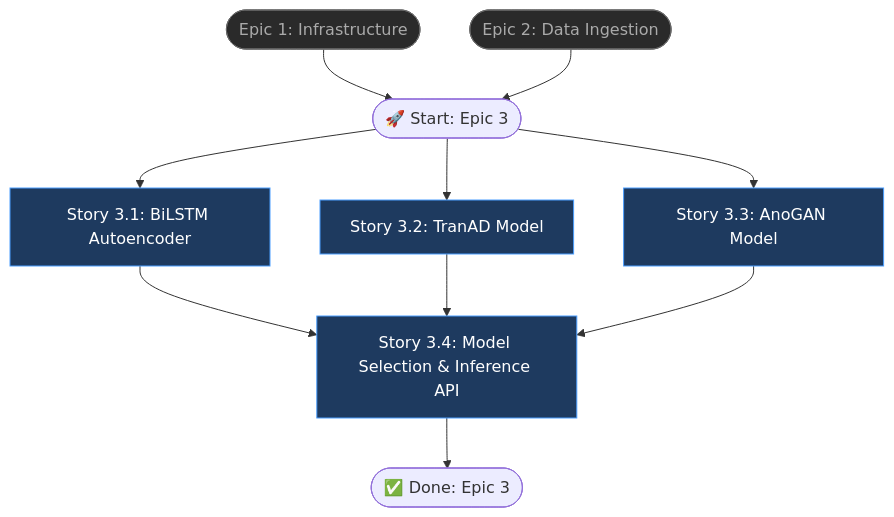
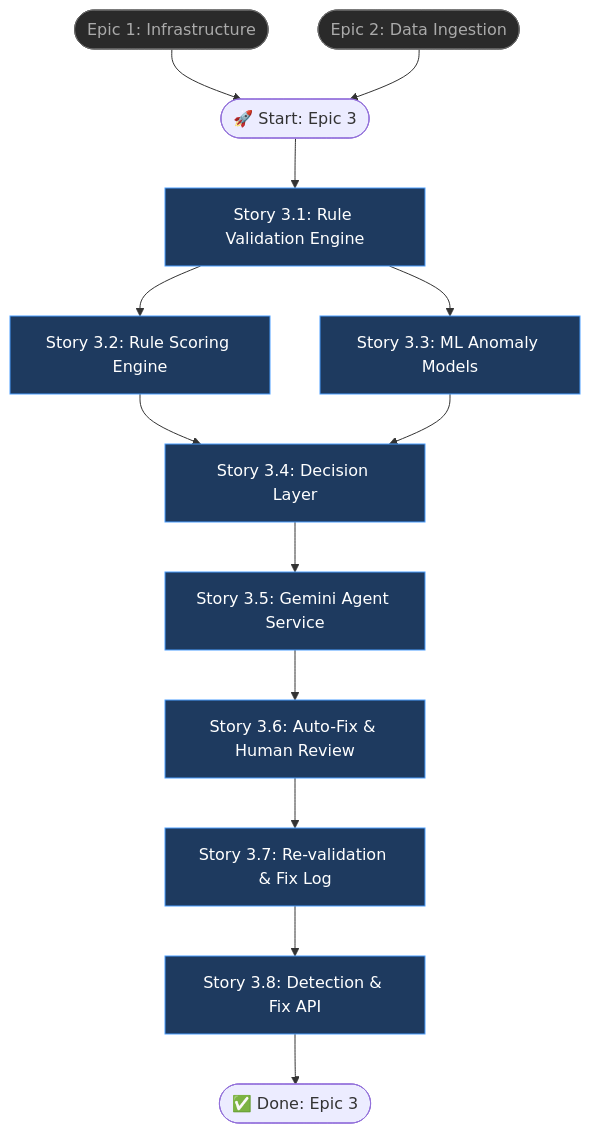
Before and after one commit to canhcutcon/final_project_ai: the diagram in docs/prd/epic-3-ai-anomaly-detection-engine.md, drawn with Mermaid. The commit also changed other lines of this file and 2 other files, not shown here.

Commit message:
refactor: update Epic 3 PRD to implement a three-layer anomaly detection and auto-fix pipeline

````diff
--- a/docs/prd/epic-3-ai-anomaly-detection-engine.md
+++ b/docs/prd/epic-3-ai-anomaly-detection-engine.md
@@ -9,19 +58,26 @@
 ```mermaid
 flowchart TD
     P1(["Epic 1: Infrastructure"]):::prev --> A
     P2(["Epic 2: Data Ingestion"]):::prev --> A
-    A(["🚀 Start: Epic 3"]) --> B["Story 3.1: BiLSTM Autoencoder"]
-    A --> C["Story 3.2: TranAD Model"]
-    A --> D["Story 3.3: AnoGAN Model"]
-    B --> E["Story 3.4: Model Selection & Inference API"]
-    C --> E
+    A(["🚀 Start: Epic 3"]) --> B["Story 3.1: Rule Validation Engine"]
+    B --> C["Story 3.2: Rule Scoring Engine"]
+    B --> D["Story 3.3: ML Anomaly Models"]
+    C --> E["Story 3.4: Decision Layer"]
     D --> E
-    E --> F(["✅ Done: Epic 3"])
+    E --> F["Story 3.5: Gemini Agent Service"]
+    F --> G["Story 3.6: Auto-Fix & Human Review"]
+    G --> H["Story 3.7: Re-validation & Fix Log"]
+    H --> I["Story 3.8: Detection & Fix API"]
+    I --> J(["✅ Done: Epic 3"])
 
     B:::story
     C:::story
     D:::story
     E:::story
+    F:::story
+    G:::story
+    H:::story
+    I:::story
     classDef story fill:#1e3a5f,stroke:#4a9eff,color:#fff
     classDef prev fill:#2a2a2a,stroke:#666,color:#aaa
 ```
````
